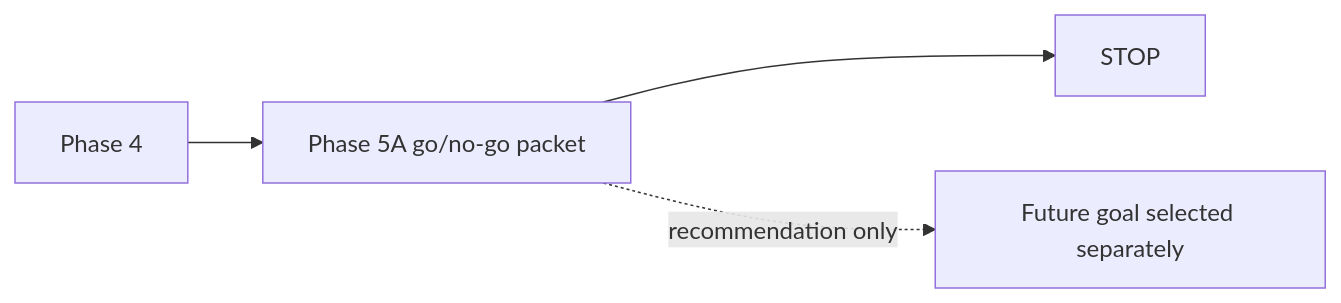
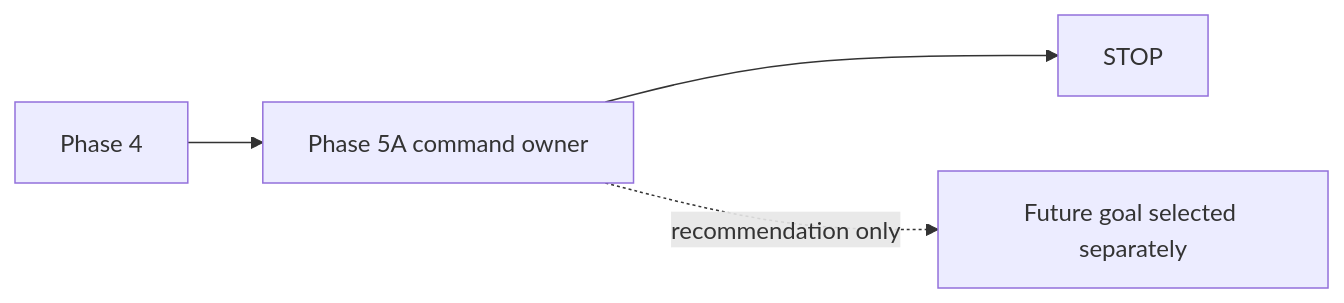
Before and after one commit to eneo-ai/eneo: the diagram in docs/flows/flow-ai-builder-capability-refactor-plan.md, drawn with Mermaid. The commit also changed other lines of this file and 17 other files, not shown here.

First line of the commit message:
refactor(flows): move assistant update command ownership

````diff
--- a/docs/flows/flow-ai-builder-capability-refactor-plan.md
+++ b/docs/flows/flow-ai-builder-capability-refactor-plan.md
@@ -69,10 +75,10 @@
 ```mermaid
 flowchart LR
   P4["Phase 4"]
-  Packet["Phase 5A go/no-go packet"]
+  P5A["Phase 5A command owner"]
   Stop["STOP"]
   Future["Future goal selected separately"]
 
-  P4 --> Packet --> Stop
-  Packet -. recommendation only .-> Future
+  P4 --> P5A --> Stop
+  P5A -. recommendation only .-> Future
 ```
````
